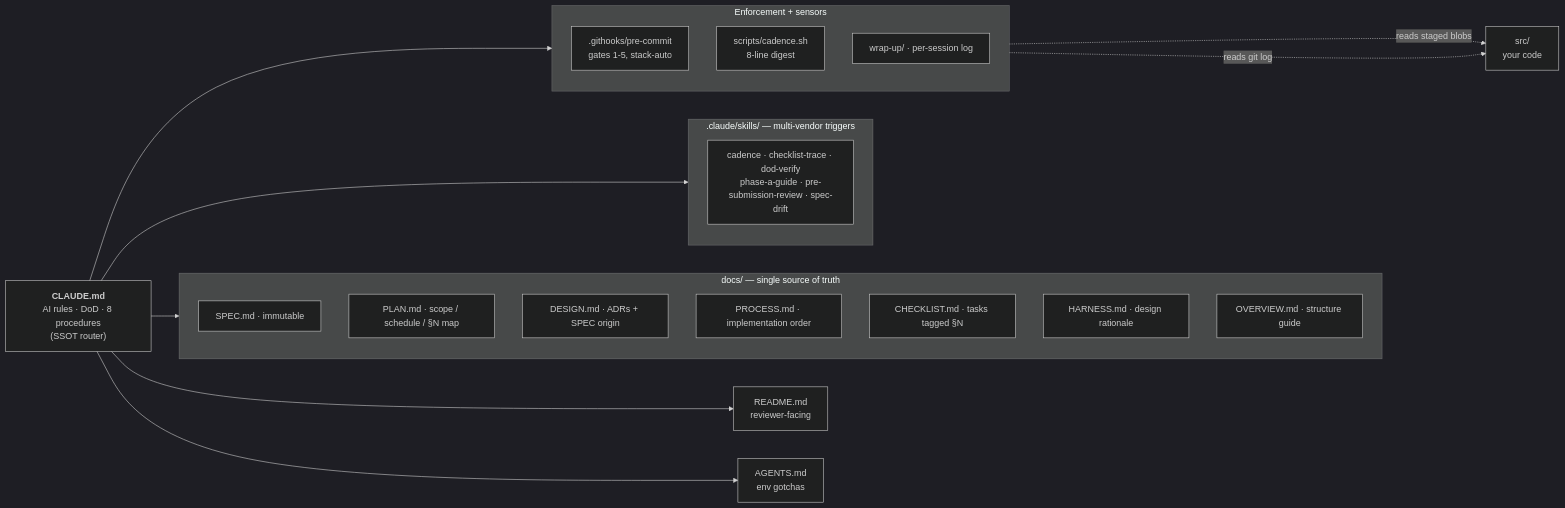
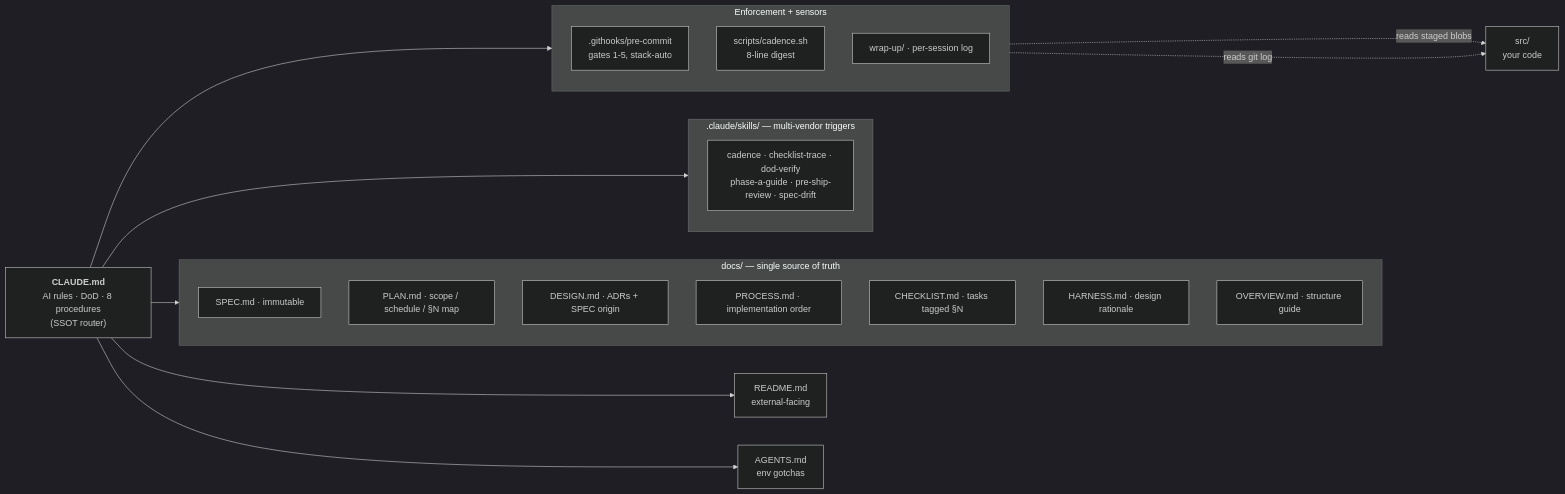
One commit to JayKim88/craft-kit changed the third of 4 diagrams in docs/OVERVIEW.md. Above: the diagram before and after it, drawn with Mermaid (dark theme). The commit also changed other lines of this file and 24 other files, not shown here.

````diff
--- a/docs/OVERVIEW.md
+++ b/docs/OVERVIEW.md
@@ -92,38 +92,38 @@
 ```mermaid
 flowchart LR
   CLAUDE["<b>CLAUDE.md</b><br/>AI rules · DoD · 8 procedures<br/>(SSOT router)"]
-  README["README.md<br/>reviewer-facing"]
+  README["README.md<br/>external-facing"]
   AGENTS["AGENTS.md<br/>env gotchas"]
   SRC["src/<br/>your code"]
 
   subgraph SSOT["docs/ — single source of truth"]
     direction TB
     SPEC["SPEC.md · immutable"]
     PLAN["PLAN.md · scope / schedule / §N map"]
     DESIGN["DESIGN.md · ADRs + SPEC origin"]
     PROCESS["PROCESS.md · implementation order"]
     CHECK["CHECKLIST.md · tasks tagged §N"]
     HARN["HARNESS.md · design rationale"]
     OVW["OVERVIEW.md · structure guide"]
   end
 
   subgraph SKILLS[".claude/skills/ — multi-vendor triggers"]
     direction TB
-    SK["cadence · checklist-trace · dod-verify<br/>phase-a-guide · pre-submission-review · spec-drift"]
+    SK["cadence · checklist-trace · dod-verify<br/>phase-a-guide · pre-ship-review · spec-drift"]
   end
 
   subgraph EXEC["Enforcement + sensors"]
     direction TB
     HOOK[".githooks/pre-commit<br/>gates 1-5, stack-auto"]
     CAD["scripts/cadence.sh<br/>8-line digest"]
     WRAP["wrap-up/ · per-session log"]
   end
 
   CLAUDE --> SSOT
   CLAUDE --> SKILLS
   CLAUDE --> EXEC
   CLAUDE --> README
   CLAUDE --> AGENTS
   HOOK -. reads staged blobs .-> SRC
   CAD -. reads git log .-> SRC
 ```
````
